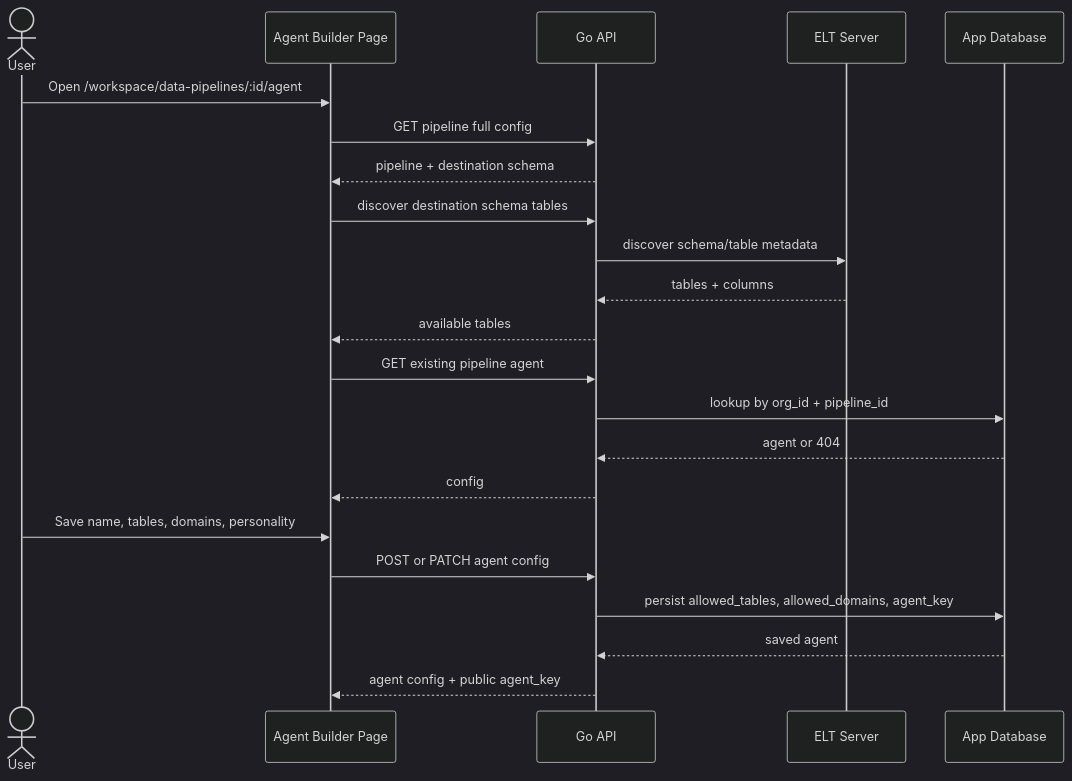
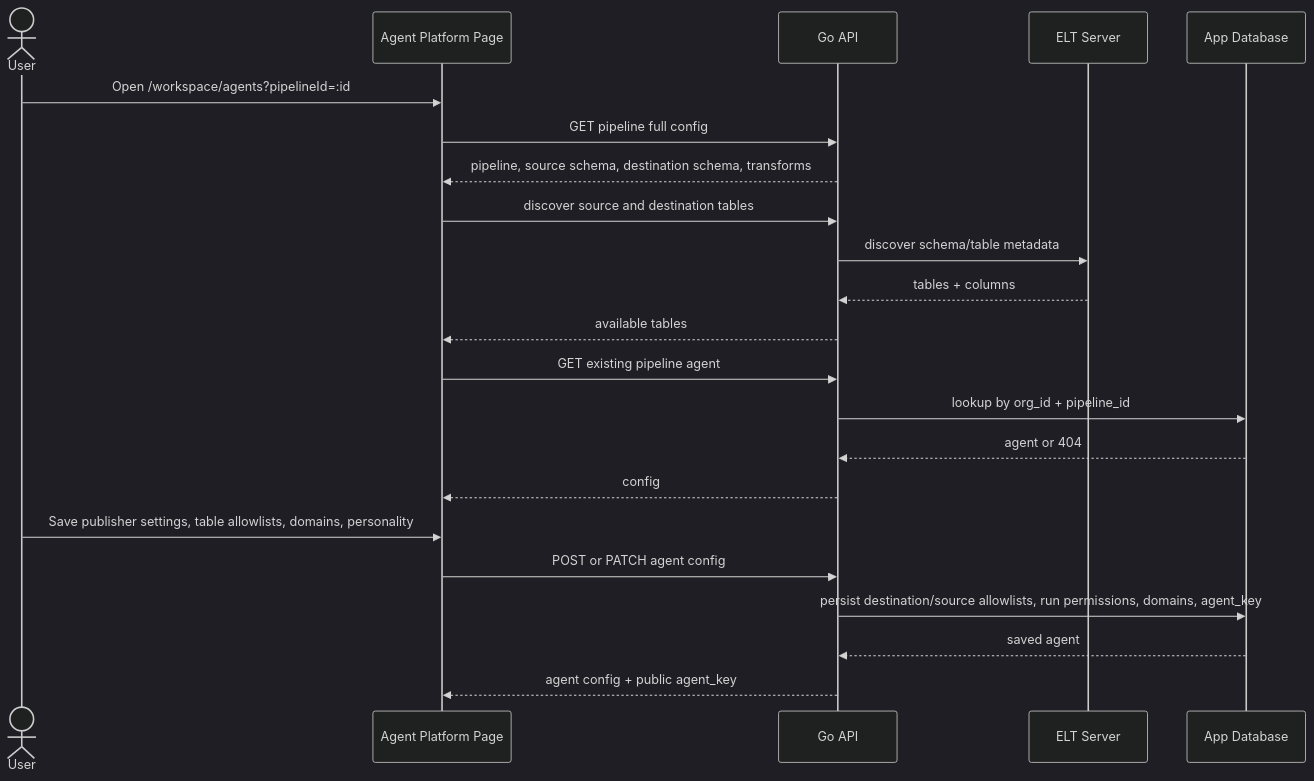
One commit to dabhivijay2478/InsightFlow changed the second of 5 diagrams in md-docs/agents/flow-charts.md. Above: the diagram before and after it, drawn with Mermaid (dark theme). The commit also changed other lines of this file and 13 other files, not shown here.

````diff
--- a/md-docs/agents/flow-charts.md
+++ b/md-docs/agents/flow-charts.md
@@ -49,25 +55,25 @@
 ```mermaid
 sequenceDiagram
   actor User
-  participant Page as Agent Builder Page
+  participant Page as Agent Platform Page
   participant Go as Go API
   participant ELT as ELT Server
   participant DB as App Database
 
-  User->>Page: Open /workspace/data-pipelines/:id/agent
+  User->>Page: Open /workspace/agents?pipelineId=:id
   Page->>Go: GET pipeline full config
-  Go-->>Page: pipeline + destination schema
-  Page->>Go: discover destination schema tables
+  Go-->>Page: pipeline, source schema, destination schema, transforms
+  Page->>Go: discover source and destination tables
   Go->>ELT: discover schema/table metadata
   ELT-->>Go: tables + columns
   Go-->>Page: available tables
   Page->>Go: GET existing pipeline agent
   Go->>DB: lookup by org_id + pipeline_id
   DB-->>Go: agent or 404
   Go-->>Page: config
-  User->>Page: Save name, tables, domains, personality
+  User->>Page: Save publisher settings, table allowlists, domains, personality
   Page->>Go: POST or PATCH agent config
-  Go->>DB: persist allowed_tables, allowed_domains, agent_key
+  Go->>DB: persist destination/source allowlists, run permissions, domains, agent_key
   DB-->>Go: saved agent
   Go-->>Page: agent config + public agent_key
 ```
````
